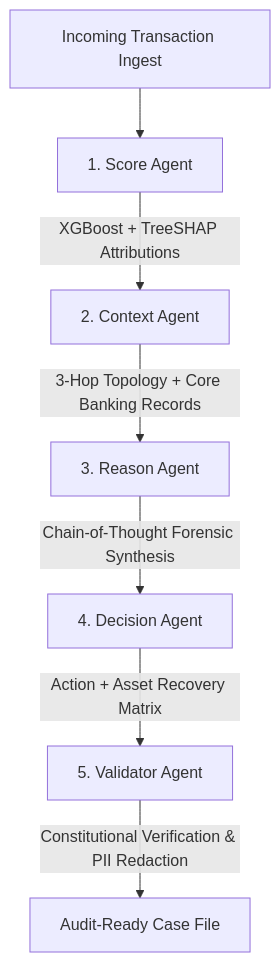
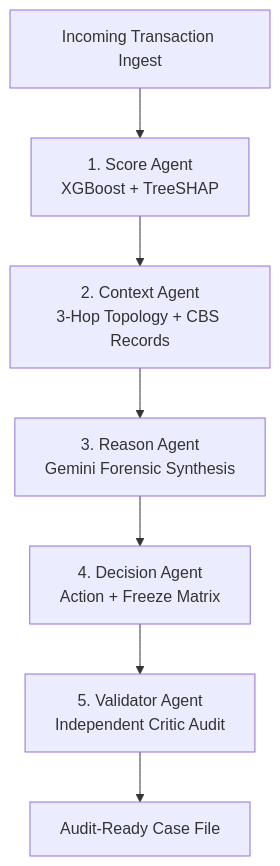
The first of 2 diagrams in README.md (radhika23s/Safeflow), drawn with Mermaid before and after one commit. The commit also changed other lines of this file and 1 other file, not shown here.

````diff
--- a/README.md
+++ b/README.md
@@ -103,9 +95,9 @@
 ```mermaid
 flowchart TD
-    TX[Incoming Transaction Ingest] --> A1[1. Score Agent]
-    A1 -->|XGBoost + TreeSHAP Attributions| A2[2. Context Agent]
-    A2 -->|3-Hop Topology + Core Banking Records| A3[3. Reason Agent]
-    A3 -->|Chain-of-Thought Forensic Synthesis| A4[4. Decision Agent]
-    A4 -->|Action + Asset Recovery Matrix| A5[5. Validator Agent]
-    A5 -->|Constitutional Verification & PII Redaction| OUT[Audit-Ready Case File]
+    TX[Incoming Transaction Ingest] --> A1[1. Score Agent<br/>XGBoost + TreeSHAP]
+    A1 --> A2[2. Context Agent<br/>3-Hop Topology + CBS Records]
+    A2 --> A3[3. Reason Agent<br/>Gemini Forensic Synthesis]
+    A3 --> A4[4. Decision Agent<br/>Action + Freeze Matrix]
+    A4 --> A5[5. Validator Agent<br/>Independent Critic Audit]
+    A5 --> OUT[Audit-Ready Case File]
 ```
````
